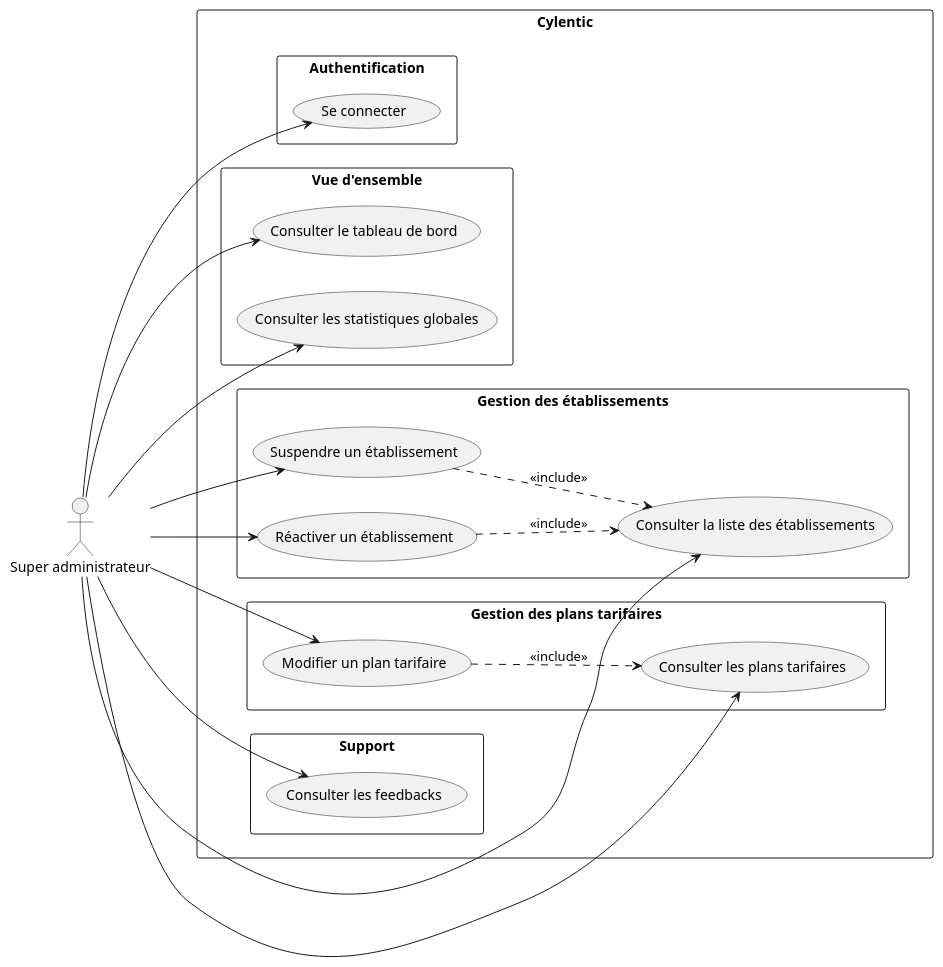
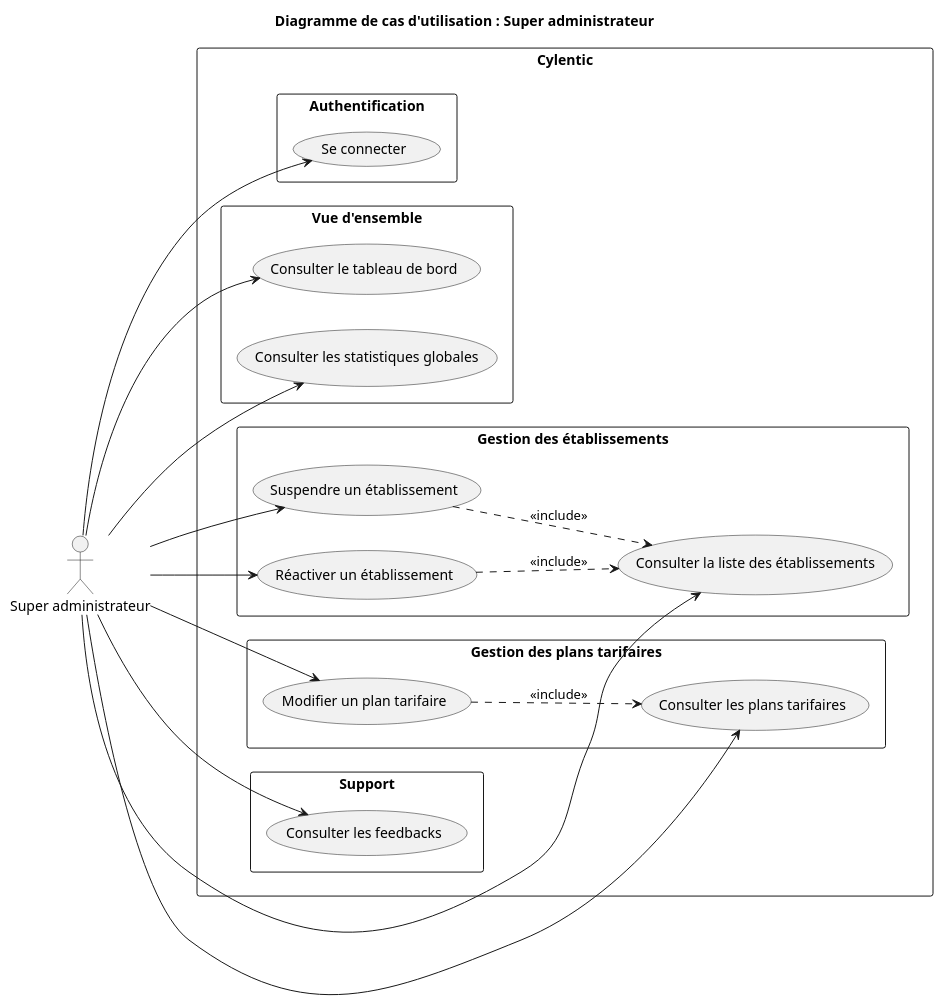
Before and after one commit to progirix/cylentic: the diagram in docs/diagrammes/01_usecase_super_admin.puml, drawn with PlantUML.

Commit message:
Ajoute un titre au diagramme Super administrateur

```diff
--- a/docs/diagrammes/01_usecase_super_admin.puml
+++ b/docs/diagrammes/01_usecase_super_admin.puml
@@ -1,49 +1,51 @@
 @startuml
 left to right direction
 skinparam shadowing false
 skinparam packageStyle rectangle
+
+title Diagramme de cas d'utilisation : Super administrateur
 
 actor "Super administrateur" as SA
 
 rectangle "Cylentic" {
 
   package "Authentification" {
     usecase "Se connecter" as UC1
   }
 
   package "Vue d'ensemble" {
     usecase "Consulter le tableau de bord" as UC2
     usecase "Consulter les statistiques globales" as UC3
   }
 
   package "Gestion des établissements" {
     usecase "Consulter la liste des établissements" as UC4
     usecase "Suspendre un établissement" as UC5
     usecase "Réactiver un établissement" as UC6
   }
 
   package "Gestion des plans tarifaires" {
     usecase "Consulter les plans tarifaires" as UC7
     usecase "Modifier un plan tarifaire" as UC8
   }
 
   package "Support" {
     usecase "Consulter les feedbacks" as UC9
   }
 }
 
 SA --> UC1
 SA --> UC2
 SA --> UC3
 SA --> UC4
 SA --> UC5
 SA --> UC6
 SA --> UC7
 SA --> UC8
 SA --> UC9
 
 UC5 ..> UC4 : <<include>>
 UC6 ..> UC4 : <<include>>
 UC8 ..> UC7 : <<include>>
 
 @enduml
```
